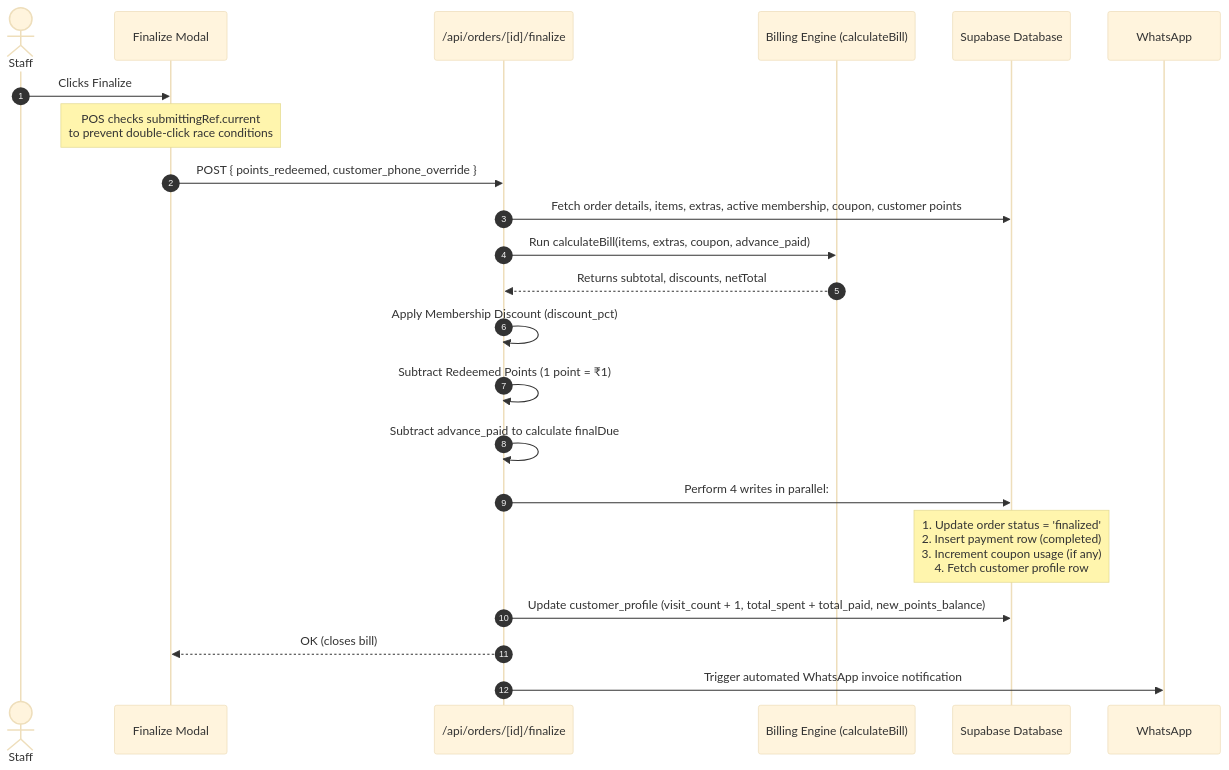
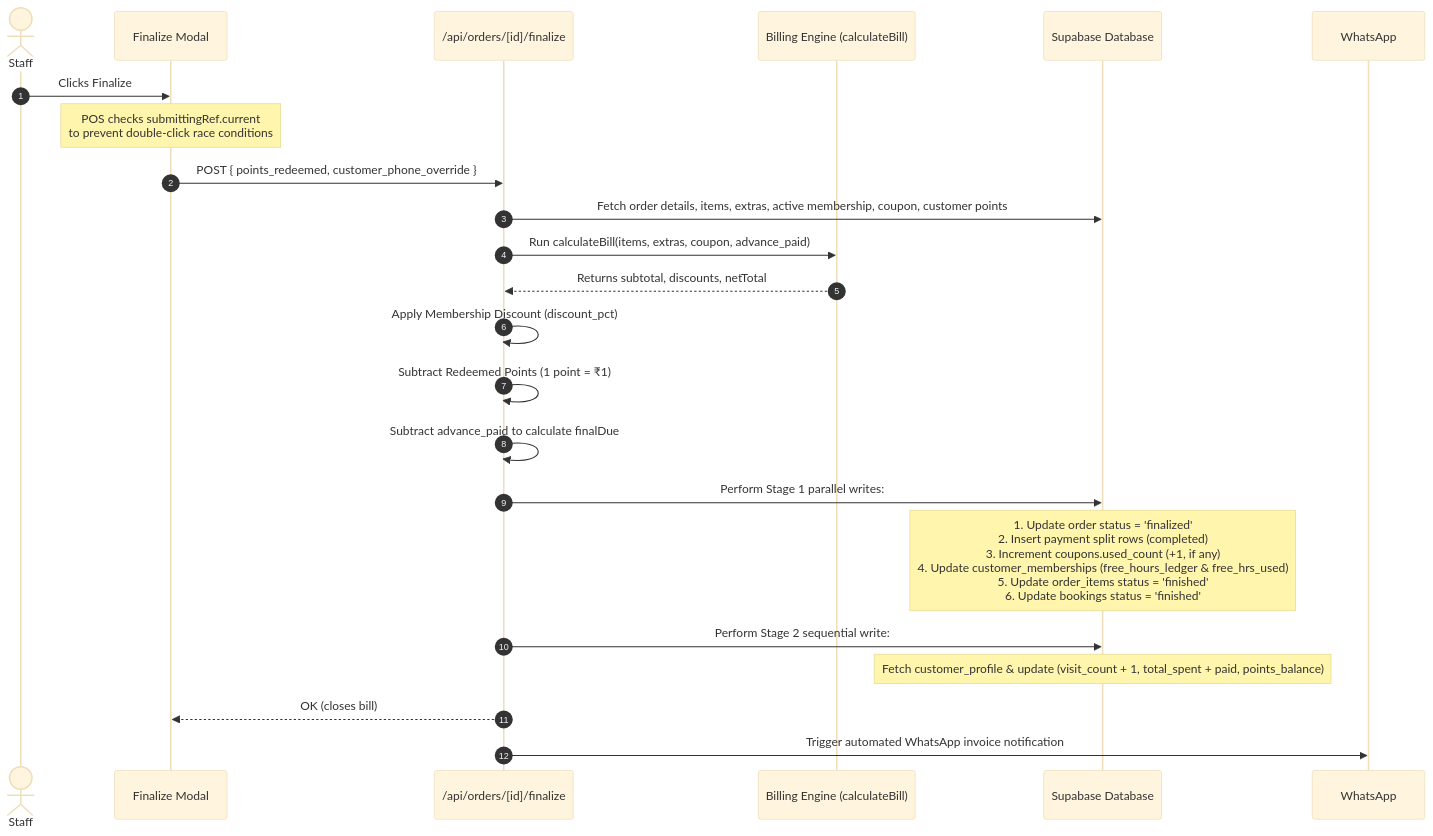
One commit to Bixlaxl/gamehaus changed the fourth of 5 diagrams in ARCHITECTURE.md. Above: the diagram before and after it, drawn with Mermaid (base theme). The commit also changed 2 other files, not shown here.

Commit message:
docs: update CLAUDE.md, ARCHITECTURE.md, and docs/task.md with complete API route registries, line-cited CRUD maps, and reconciled audit findings

````diff
--- a/ARCHITECTURE.md
+++ b/ARCHITECTURE.md
@@ -104,24 +104,25 @@
 ```mermaid
 sequenceDiagram
   autonumber
   actor Staff
   participant POS as Finalize Modal
   participant API as /api/orders/[id]/finalize
   participant Engine as Billing Engine (calculateBill)
   participant DB as Supabase Database
 
   Staff->>POS: Clicks Finalize
   Note over POS: POS checks submittingRef.current<br/>to prevent double-click race conditions
   POS->>API: POST { points_redeemed, customer_phone_override }
   API->>DB: Fetch order details, items, extras, active membership, coupon, customer points
   API->>Engine: Run calculateBill(items, extras, coupon, advance_paid)
   Engine-->>API: Returns subtotal, discounts, netTotal
   API->>API: Apply Membership Discount (discount_pct)
   API->>API: Subtract Redeemed Points (1 point = ₹1)
   API->>API: Subtract advance_paid to calculate finalDue
-  API->>DB: Perform 4 writes in parallel:
-  Note over DB: 1. Update order status = 'finalized'<br/>2. Insert payment row (completed)<br/>3. Increment coupon usage (if any)<br/>4. Fetch customer profile row
-  API->>DB: Update customer_profile (visit_count + 1, total_spent + total_paid, new_points_balance)
+  API->>DB: Perform Stage 1 parallel writes:
+  Note over DB: 1. Update order status = 'finalized'<br/>2. Insert payment split rows (completed)<br/>3. Increment coupons.used_count (+1, if any)<br/>4. Update customer_memberships (free_hours_ledger & free_hrs_used)<br/>5. Update order_items status = 'finished'<br/>6. Update bookings status = 'finished'
+  API->>DB: Perform Stage 2 sequential write:
+  Note over DB: Fetch customer_profile & update (visit_count + 1, total_spent + paid, points_balance)
   API-->>POS: OK (closes bill)
   API->>WhatsApp: Trigger automated WhatsApp invoice notification
 ```
````
